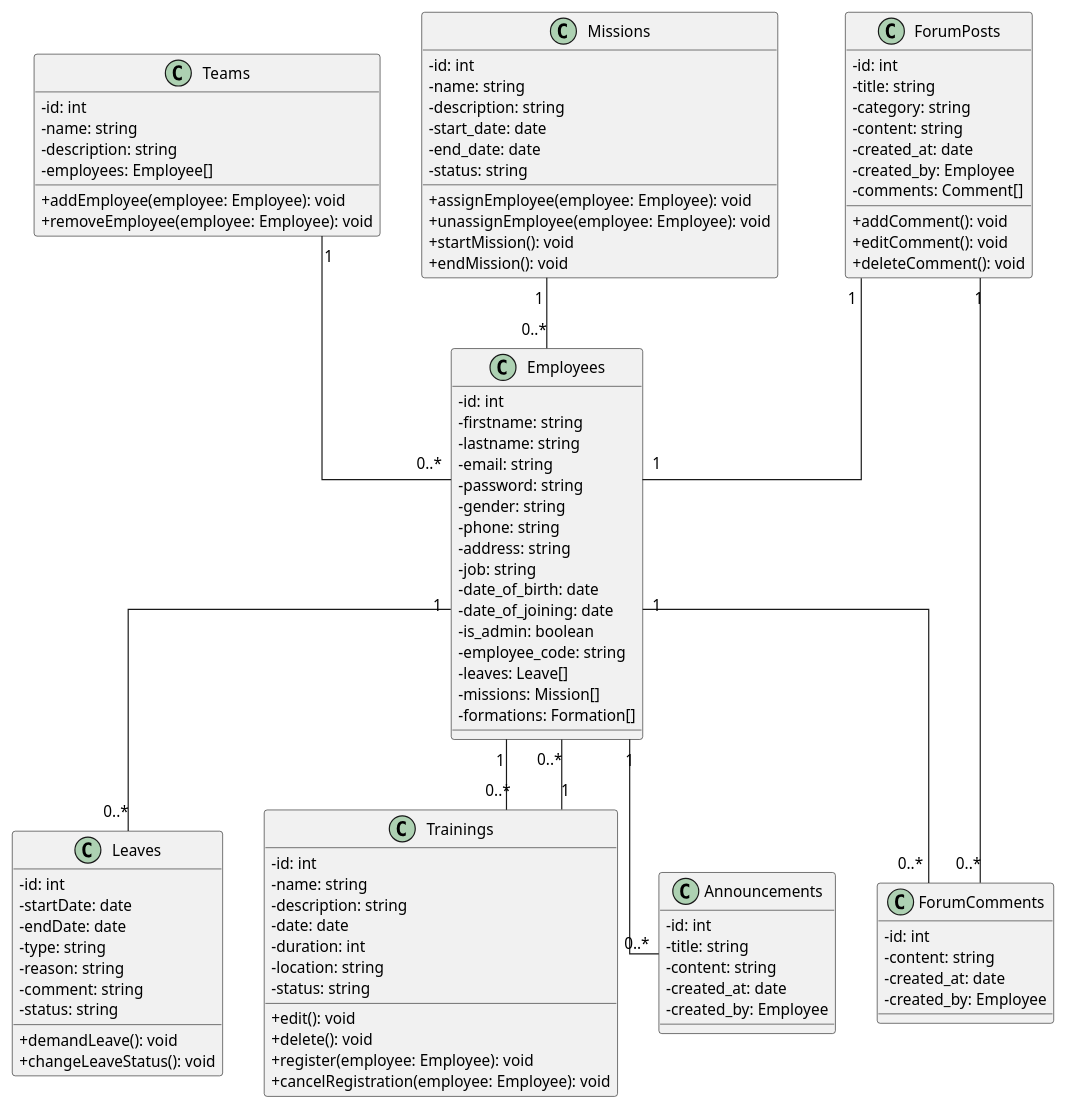
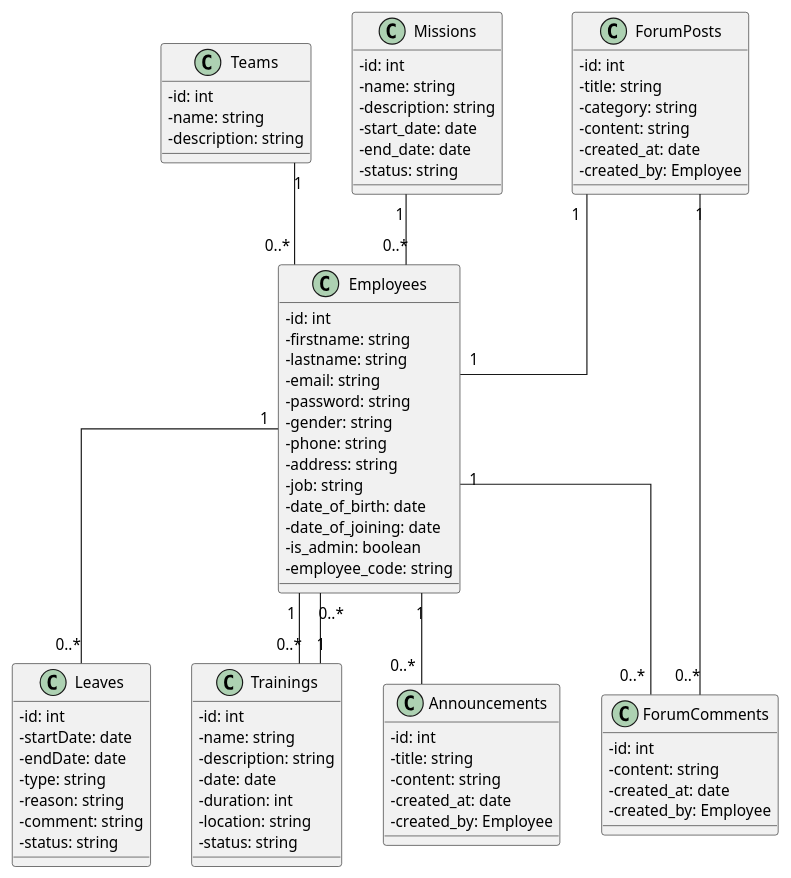
The diagram in diagrams/class_diagram.plantuml (Ademking/TeamTrack), drawn with PlantUML before and after one commit. The commit also changed 69 other files, not shown here.

```diff
--- a/diagrams/class_diagram.plantuml
+++ b/diagrams/class_diagram.plantuml
@@ -1,111 +1,91 @@
 @startuml classDiagram
 skinparam linetype ortho
 skinparam classAttributeIconSize 0
 skinparam classAttributeFontSize 13
 
 class Employees {
     -id: int
     -firstname: string
     -lastname: string
     -email: string
     -password: string
     -gender: string
     -phone: string
     -address: string
     -job: string
     -date_of_birth: date
     -date_of_joining: date
     -is_admin: boolean
     -employee_code: string
-    -leaves: Leave[]
-    -missions: Mission[]
-    -formations: Formation[]
 }
 
 class Teams {
     -id: int
     -name: string
     -description: string
-    -employees: Employee[]
-    +addEmployee(employee: Employee): void
-    +removeEmployee(employee: Employee): void
 }
 
 class Leaves {
     -id: int
     -startDate: date
     -endDate: date
     -type: string
     -reason: string
     -comment: string
     -status: string
-    +demandLeave(): void
-    +changeLeaveStatus(): void
 }
 
 class Missions {
     -id: int
     -name: string
     -description: string
     -start_date: date
     -end_date: date
     -status: string
-    +assignEmployee(employee: Employee): void
-    +unassignEmployee(employee: Employee): void
-    +startMission(): void
-    +endMission(): void
 }
 
 class ForumPosts {
     -id: int
     -title: string
     -category: string
     -content: string
     -created_at: date
     -created_by: Employee
-    -comments: Comment[]
-    +addComment(): void
-    +editComment(): void
-    +deleteComment(): void
 }
 
 class Trainings {
     -id: int
     -name: string
     -description: string
     -date: date
     -duration: int
     -location: string
     -status: string
-    +edit(): void
-    +delete(): void
-    +register(employee: Employee): void
-    +cancelRegistration(employee: Employee): void
 }
 
 class ForumComments {
     -id: int
     -content: string
     -created_at: date
     -created_by: Employee
 }
 
 class Announcements {
     -id: int
     -title: string
     -content: string
     -created_at: date
     -created_by: Employee
 }
 
 Employees "1" -- "0..*" Leaves
 Employees "1" -- "0..*" Trainings
 Employees "1" -- "0..*" ForumComments
 Employees "1" -- "0..*" Announcements
 ForumPosts "1" -- "0..*" ForumComments
 ForumPosts "1" -- "1" Employees
 Trainings "1" -- "0..*" Employees
 Missions "1" -- "0..*" Employees
 Teams "1" -- "0..*" Employees
 
 @enduml
```
